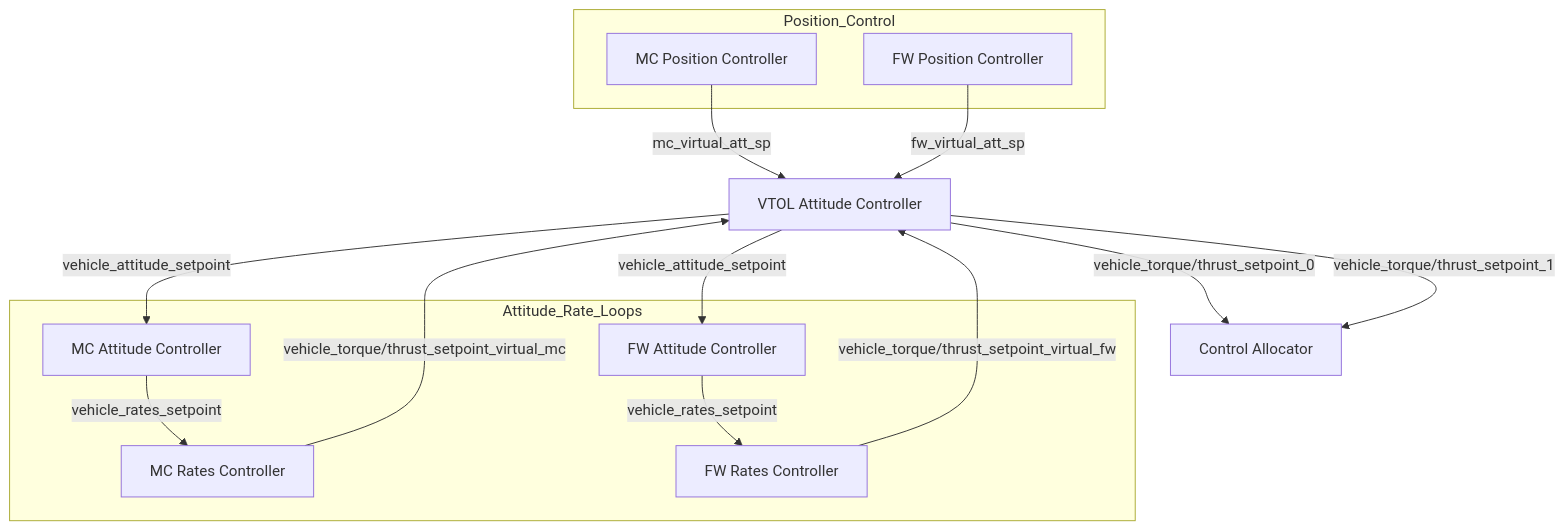
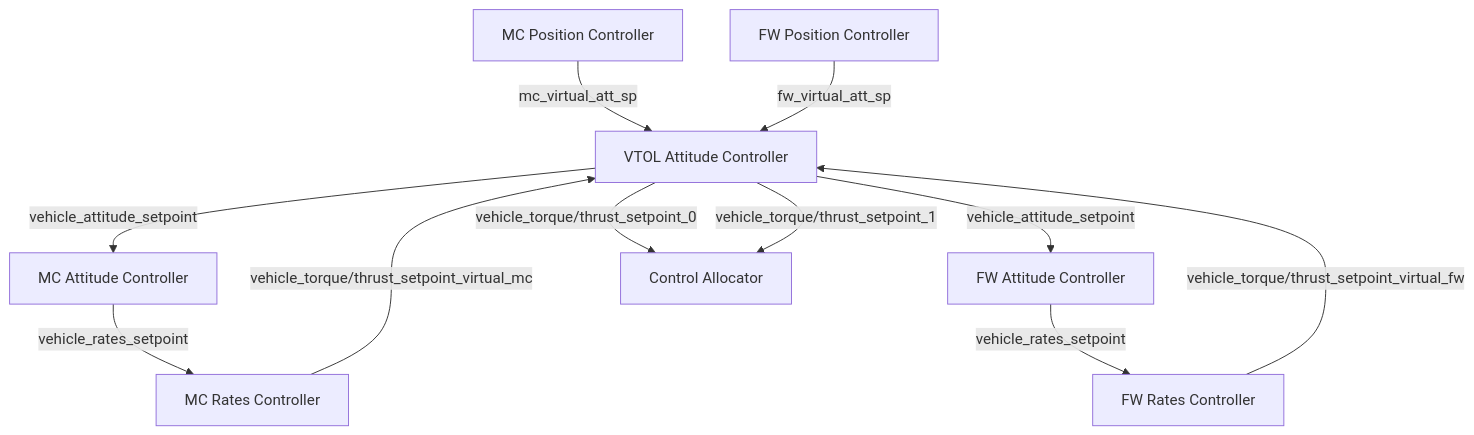
One commit to mengchaoheng/DuctedFanUAV-Autopilot changed the diagram in docs/en/flight_stack/controller_diagrams.md. Above: the diagram before and after it, drawn with Mermaid.

Commit message:
modified:   docs/en/flight_stack/controller_diagrams.md

````diff
--- a/docs/en/flight_stack/controller_diagrams.md
+++ b/docs/en/flight_stack/controller_diagrams.md
@@ -201,33 +201,30 @@
 ```mermaid
 graph TD
-  subgraph Position_Control
-    MC_Pos[MC Position Controller]
-    FW_Pos[FW Position Controller]
-  end
+  MC_Pos[MC Position Controller]
+  FW_Pos[FW Position Controller]
 
   VAC[VTOL Attitude Controller]
 
-  subgraph Attitude_Rate_Loops
-    MC_Att[MC Attitude Controller]
-    FW_Att[FW Attitude Controller]
-    MC_Rate[MC Rates Controller]
-    FW_Rate[FW Rates Controller]
-  end
+  MC_Att[MC Attitude Controller]
+  FW_Att[FW Attitude Controller]
+
+  MC_Rate[MC Rates Controller]
+  FW_Rate[FW Rates Controller]
 
   Allocator[Control Allocator]
 
   MC_Pos -->|mc_virtual_att_sp| VAC
   FW_Pos -->|fw_virtual_att_sp| VAC
 
   VAC -->|vehicle_attitude_setpoint| MC_Att
   VAC -->|vehicle_attitude_setpoint| FW_Att
 
   MC_Att -->|vehicle_rates_setpoint| MC_Rate
   FW_Att -->|vehicle_rates_setpoint| FW_Rate
 
   MC_Rate -->|vehicle_torque/thrust_setpoint_virtual_mc| VAC
   FW_Rate -->|vehicle_torque/thrust_setpoint_virtual_fw| VAC
 
   VAC -->|vehicle_torque/thrust_setpoint_0| Allocator
   VAC -->|vehicle_torque/thrust_setpoint_1| Allocator
 ```
````
